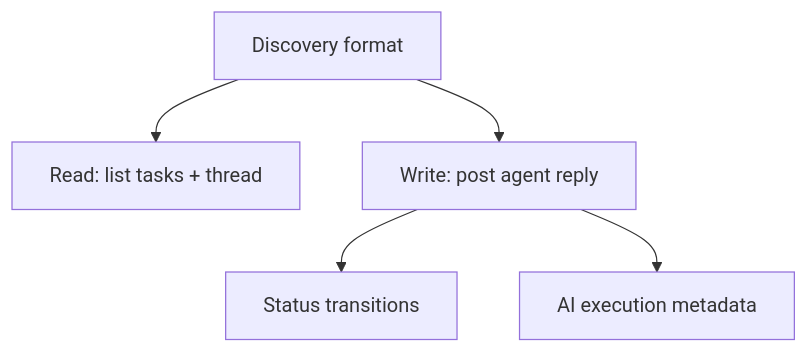
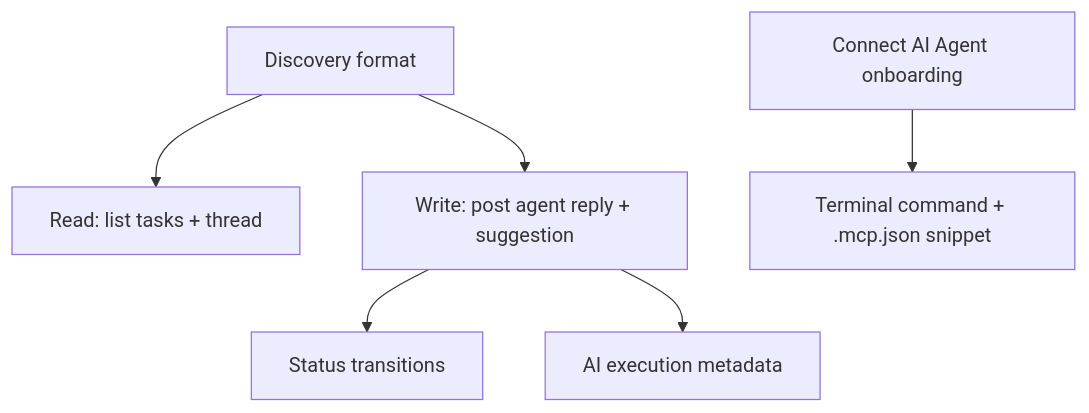
Before and after one commit to duraisamy-gokul/fix-my-comments: the diagram in plans/phase-4-ai-agent-contract/00-overview.md, drawn with Mermaid. The commit also changed other lines of this file and 36 other files, not shown here.

````diff
--- a/plans/phase-4-ai-agent-contract/00-overview.md
+++ b/plans/phase-4-ai-agent-contract/00-overview.md
@@ -24,7 +29,8 @@
 ```mermaid
 flowchart TD
     A[Discovery format] --> B[Read: list tasks + thread]
-    A --> C[Write: post agent reply]
+    A --> C[Write: post agent reply + suggestion]
     C --> D[Status transitions]
     C --> E[AI execution metadata]
+    F[Connect AI Agent onboarding] --> G[Terminal command + .mcp.json snippet]
 ```
````
